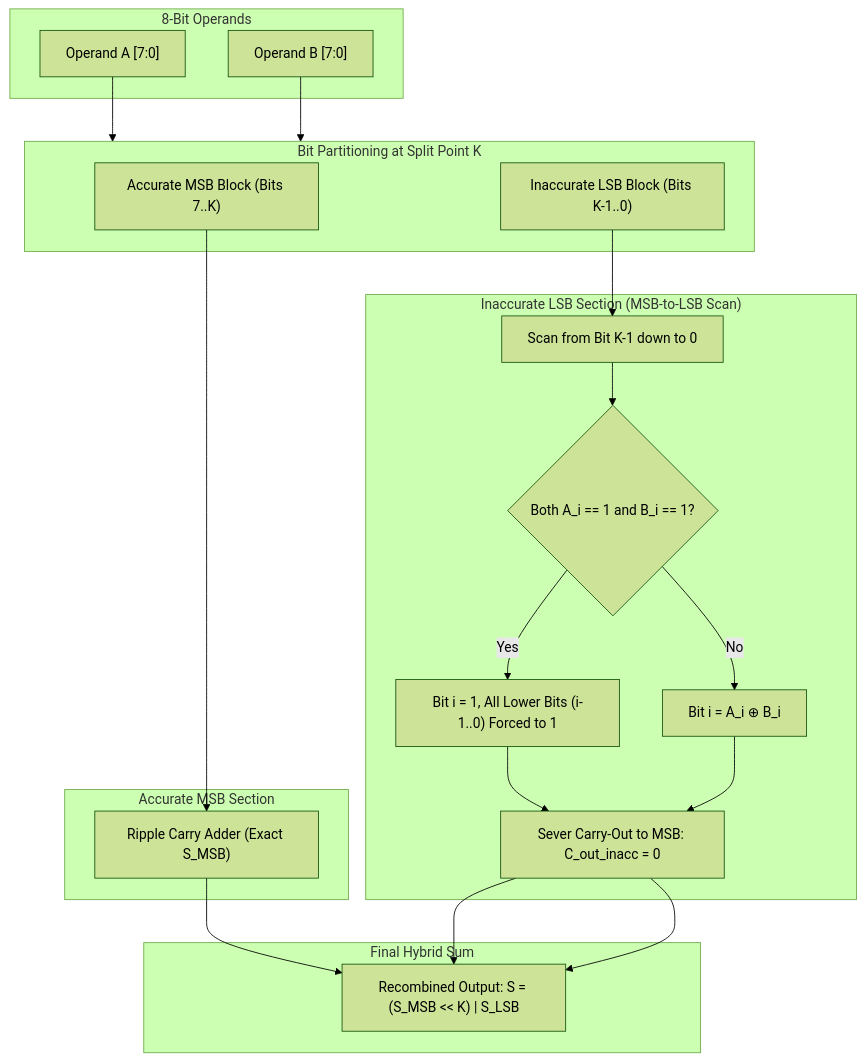
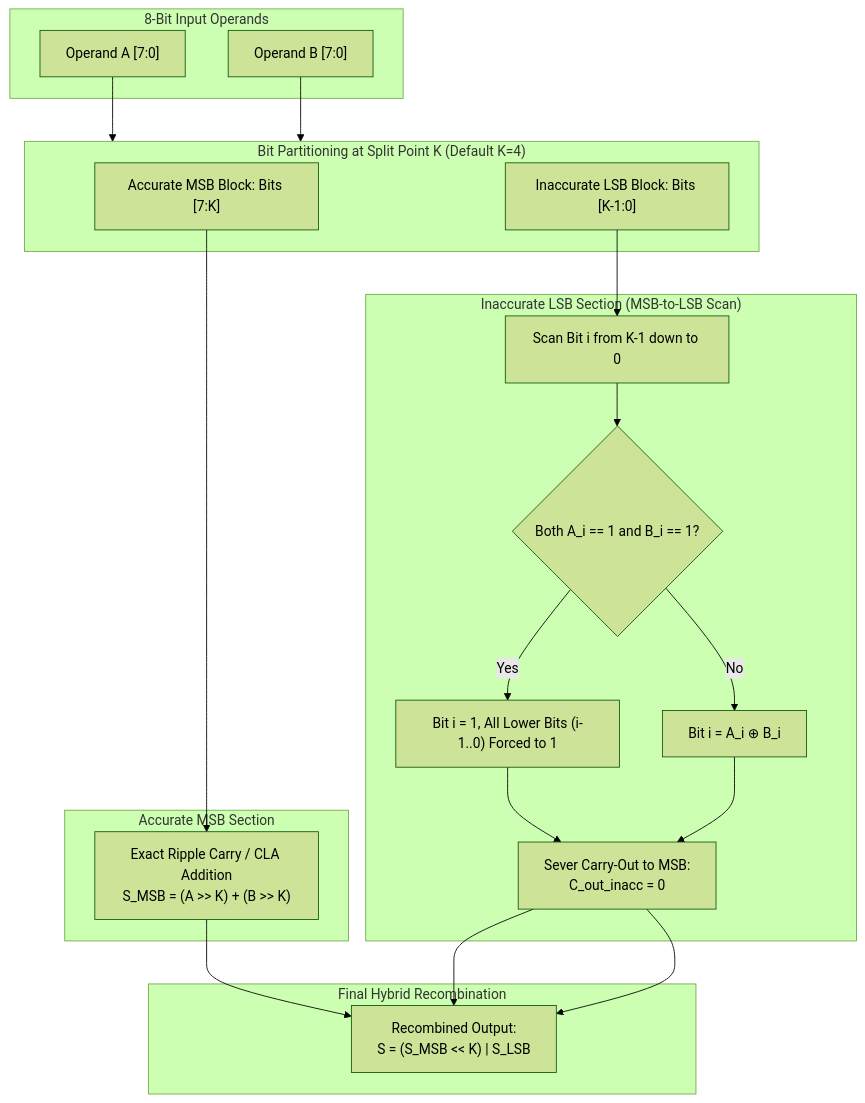
The first of 2 diagrams in README.md (Hitesh070/Approximate-Arithmetic-Adder-for-Image-Processing-and-it-s-application), drawn with Mermaid (forest theme) before and after one commit. The commit also changed other lines of this file, not shown here.

````diff
--- a/README.md
+++ b/README.md
@@ -48,34 +86,34 @@
 ```mermaid
 flowchart TD
-    subgraph Inputs ["8-Bit Operands"]
+    subgraph Inputs ["8-Bit Input Operands"]
         A["Operand A [7:0]"]
         B["Operand B [7:0]"]
     end
 
-    subgraph Split ["Bit Partitioning at Split Point K"]
-        MSB_Bits["Accurate MSB Block (Bits 7..K)"]
-        LSB_Bits["Inaccurate LSB Block (Bits K-1..0)"]
+    subgraph Split ["Bit Partitioning at Split Point K (Default K=4)"]
+        MSB_Bits["Accurate MSB Block: Bits [7:K]"]
+        LSB_Bits["Inaccurate LSB Block: Bits [K-1:0]"]
     end
 
     subgraph AccurateStage ["Accurate MSB Section"]
-        RCA["Ripple Carry Adder (Exact S_MSB)"]
+        RCA["Exact Ripple Carry / CLA Addition\nS_MSB = (A >> K) + (B >> K)"]
     end
 
     subgraph InaccurateStage ["Inaccurate LSB Section (MSB-to-LSB Scan)"]
-        Scan["Scan from Bit K-1 down to 0"]
+        Scan["Scan Bit i from K-1 down to 0"]
         Trigger{"Both A_i == 1 and B_i == 1?"}
         Force["Bit i = 1, All Lower Bits (i-1..0) Forced to 1"]
         XOR["Bit i = A_i ⊕ B_i"]
-        Cutoff["Sever Carry-Out to MSB: C_out_inacc = 0"]
+        Cutoff["Sever Carry-Out to MSB:\nC_out_inacc = 0"]
     end
 
-    subgraph Output ["Final Hybrid Sum"]
-        Sum["Recombined Output: S = (S_MSB << K) | S_LSB"]
+    subgraph Output ["Final Hybrid Recombination"]
+        Sum["Recombined Output:\nS = (S_MSB << K) | S_LSB"]
     end
 
     A & B --> Split
     MSB_Bits --> RCA --> Sum
     LSB_Bits --> Scan --> Trigger
     Trigger -- Yes --> Force --> Cutoff --> Sum
     Trigger -- No --> XOR --> Cutoff --> Sum
 ```
````
